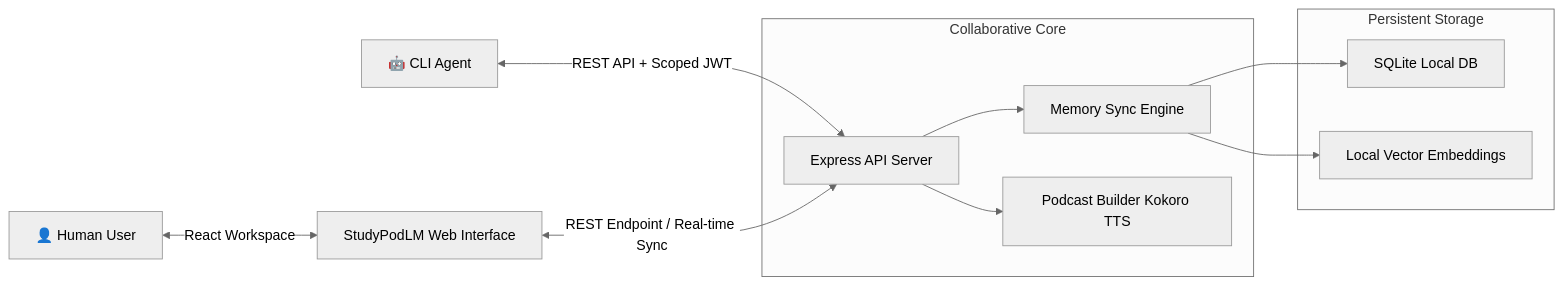
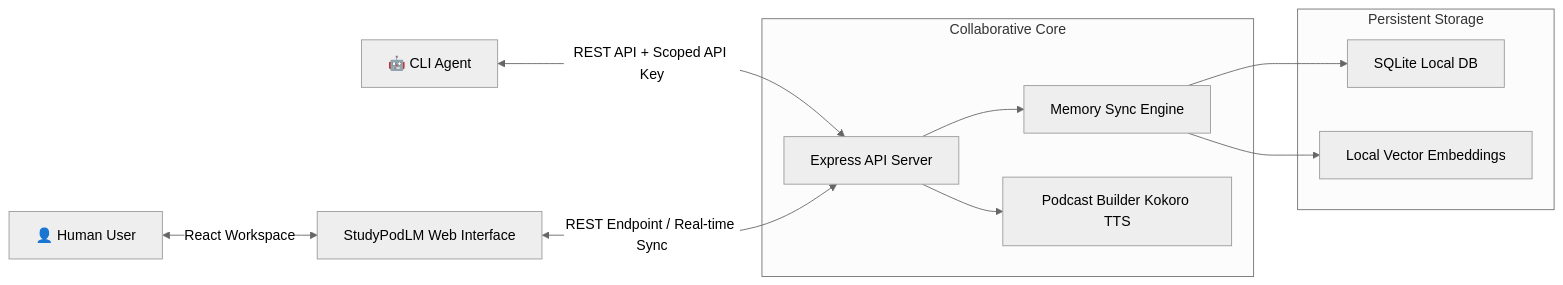
The diagram in README.md (SantanDon/studypod), drawn with Mermaid (neutral theme) before and after one commit. The commit also changed other lines of this file and 10 other files, not shown here.

````diff
--- a/README.md
+++ b/README.md
@@ -23,18 +23,18 @@
 ```mermaid
 graph LR
     Human["👤 Human User"] <-->|React Workspace| UI["StudyPodLM Web Interface"]
-    Agent["🤖 CLI Agent"] <-->|REST API + Scoped JWT| API["Express API Server"]
+    Agent["🤖 CLI Agent"] <-->|REST API + Scoped API Key| API["Express API Server"]
     UI <-->|REST Endpoint / Real-time Sync| API
     
     subgraph Collaborative Core
         API --> Memory["Memory Sync Engine"]
         API --> Audio["Podcast Builder Kokoro TTS"]
     end
     
     subgraph Persistent Storage
         LocalDB["SQLite Local DB"]
         VectorDB["Local Vector Embeddings"]
         Memory --> LocalDB
         Memory --> VectorDB
     end
 ```
````
